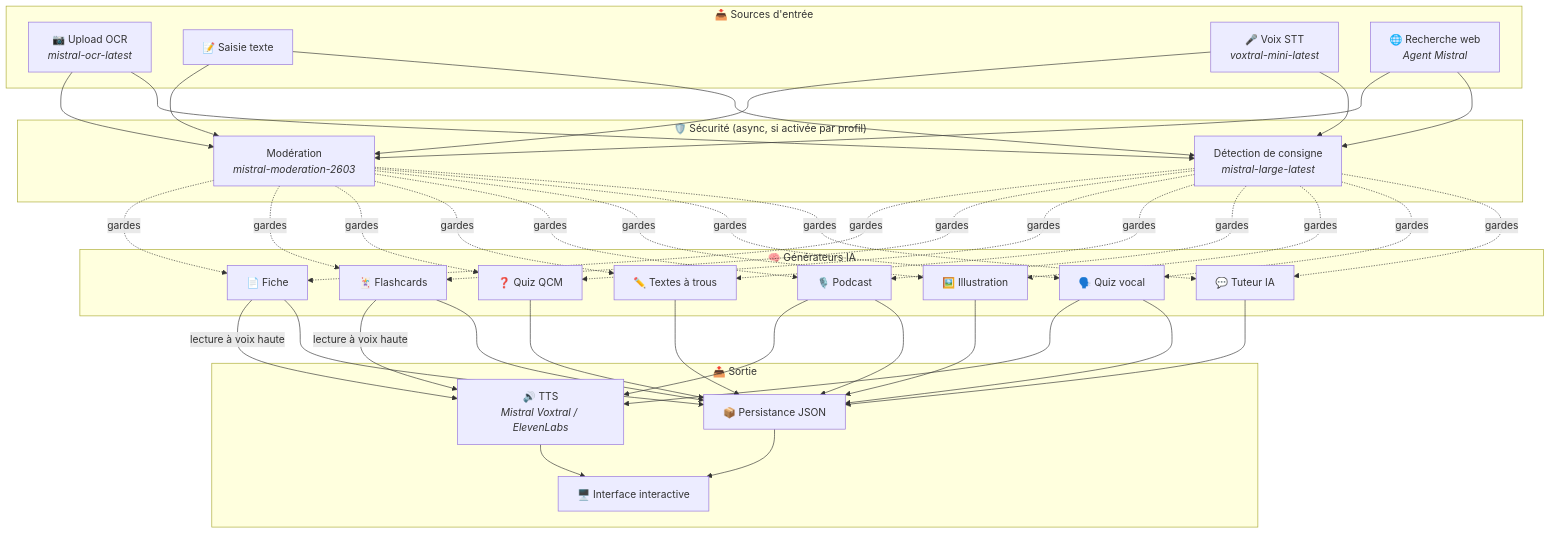
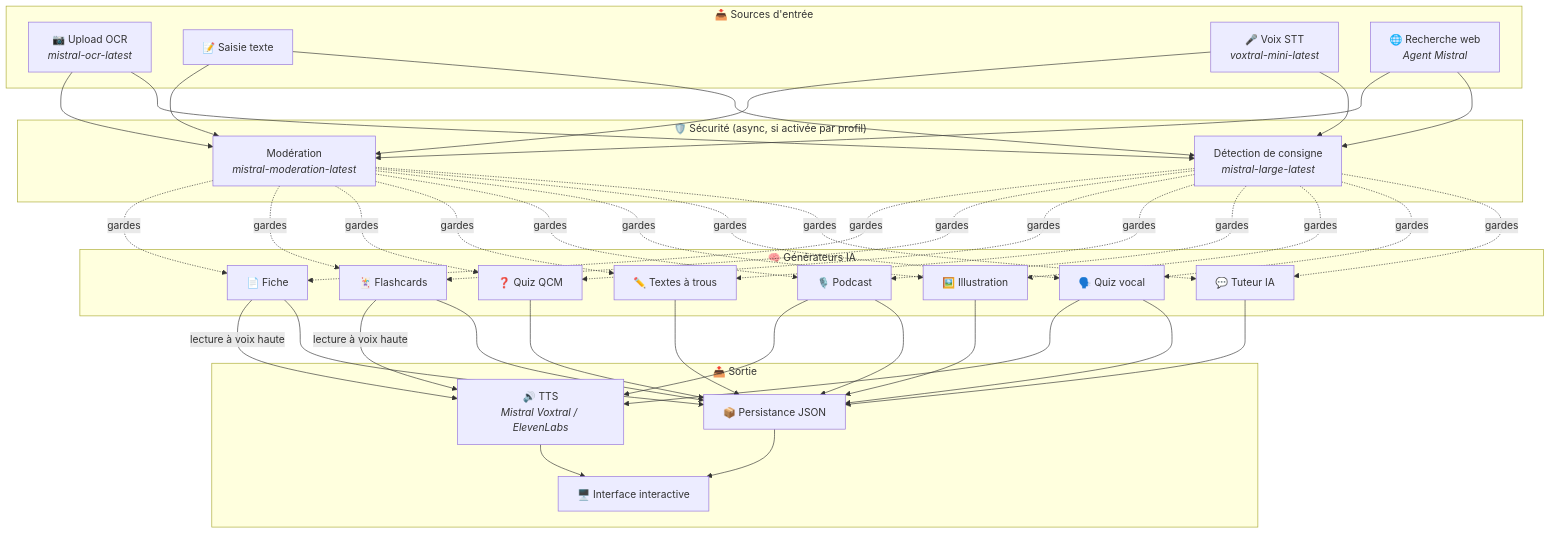
One commit to jls42/EurekAI changed the first of 3 diagrams in README-ar.md. Above: the diagram before and after it, drawn with Mermaid. The commit also changed other lines of this file and 17 other files, not shown here.

First line of the commit message:
fix(moderation): use mistral-moderation-latest instead of dated model

````diff
--- a/README-ar.md
+++ b/README-ar.md
@@ -72,40 +72,40 @@
 ```mermaid
 graph TD
     subgraph "📥 Sources d'entrée"
         OCR["📷 Upload OCR<br/><i>mistral-ocr-latest</i>"]
         TXT["📝 Saisie texte"]
         MIC["🎤 Voix STT<br/><i>voxtral-mini-latest</i>"]
         WEB["🌐 Recherche web<br/><i>Agent Mistral</i>"]
     end
 
     subgraph "🛡️ Sécurité (async, si activée par profil)"
-        MOD["Modération<br/><i>mistral-moderation-2603</i>"]
+        MOD["Modération<br/><i>mistral-moderation-latest</i>"]
         CON["Détection de consigne<br/><i>mistral-large-latest</i>"]
     end
 
     subgraph "🧠 Générateurs IA"
         SUM["📄 Fiche"]
         FC["🃏 Flashcards"]
         QZ["❓ Quiz QCM"]
         FB["✏️ Textes à trous"]
         POD["🎙️ Podcast"]
         IMG["🖼️ Illustration"]
         QV["🗣️ Quiz vocal"]
         CHAT["💬 Tuteur IA"]
     end
 
     subgraph "📤 Sortie"
         TTS["🔊 TTS<br/><i>Mistral Voxtral / ElevenLabs</i>"]
         JSON["📦 Persistance JSON"]
         UI["🖥️ Interface interactive"]
     end
 
     OCR & TXT & MIC & WEB --> MOD & CON
     MOD & CON -.->|gardes| SUM & FC & QZ & FB & POD & IMG & QV & CHAT
     POD --> TTS
     QV --> TTS
     SUM & FC -->|lecture à voix haute| TTS
     SUM & FC & QZ & FB & POD & IMG & QV & CHAT --> JSON
     JSON --> UI
     TTS --> UI
 ```
````
